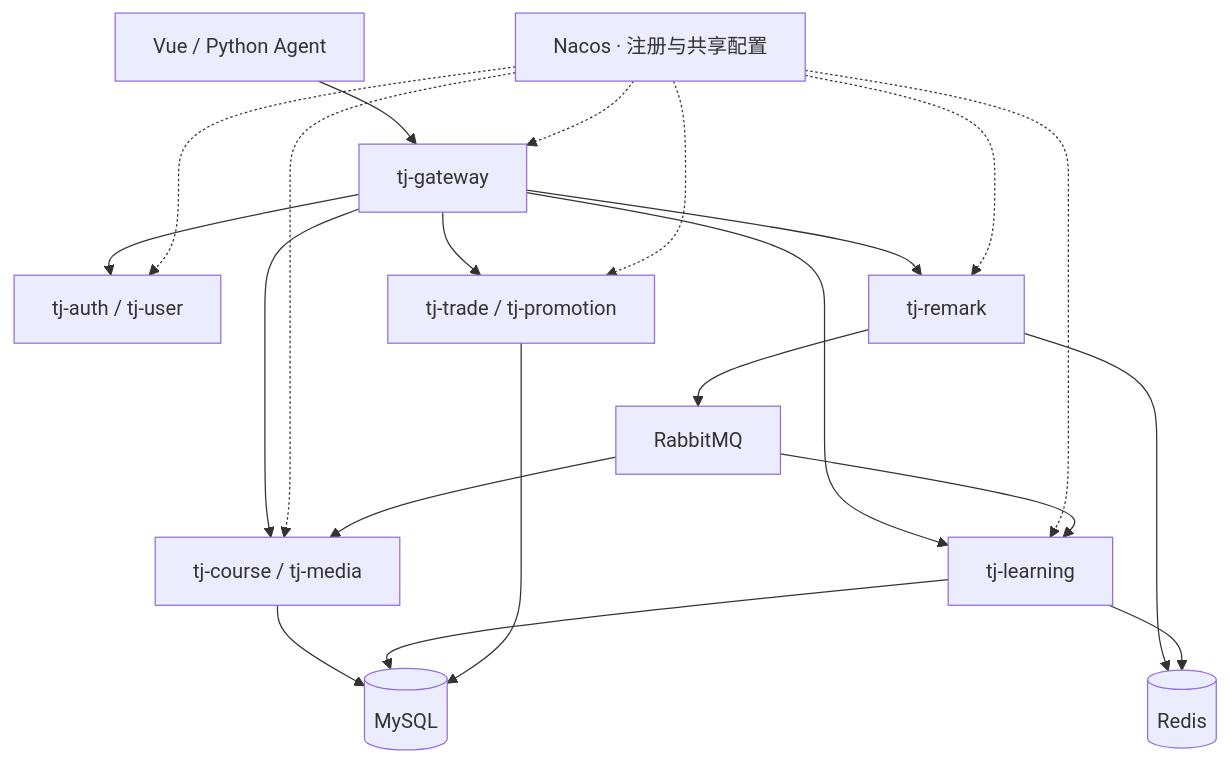
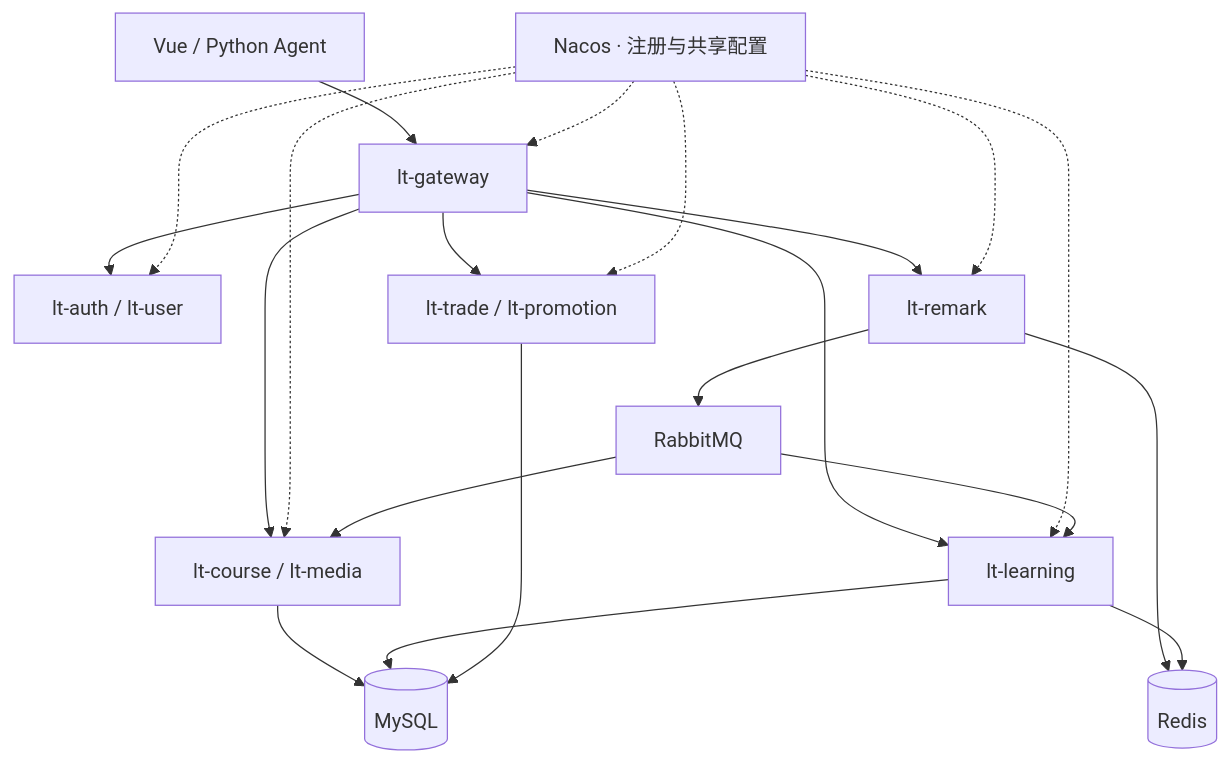
One commit to sXiang555/LearnTrail changed the first of 2 diagrams in docs/backend-architecture.md. Above: the diagram before and after it, drawn with Mermaid. The commit also changed other lines of this file and 1931 other files, not shown here.

````diff
--- a/docs/backend-architecture.md
+++ b/docs/backend-architecture.md
@@ -11,14 +11,14 @@
 ```mermaid
 flowchart TB
-    Web[Vue / Python Agent] --> Gateway[tj-gateway]
-    Gateway --> Auth[tj-auth / tj-user]
-    Gateway --> Content[tj-course / tj-media]
-    Gateway --> Learning[tj-learning]
-    Gateway --> Commerce[tj-trade / tj-promotion]
-    Gateway --> Remark[tj-remark]
+    Web[Vue / Python Agent] --> Gateway[lt-gateway]
+    Gateway --> Auth[lt-auth / lt-user]
+    Gateway --> Content[lt-course / lt-media]
+    Gateway --> Learning[lt-learning]
+    Gateway --> Commerce[lt-trade / lt-promotion]
+    Gateway --> Remark[lt-remark]
     Nacos[Nacos · 注册与共享配置] -.-> Gateway & Auth & Content & Learning & Commerce & Remark
     Content & Learning & Commerce --> DB[(MySQL)]
     Remark & Learning --> Cache[(Redis)]
     Remark --> MQ[RabbitMQ]
     MQ --> Content & Learning
 ```
````
